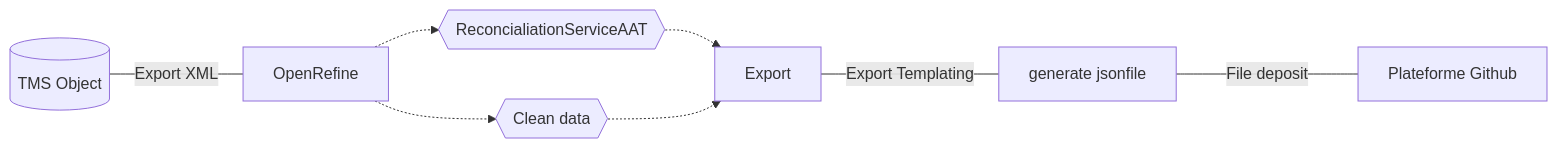
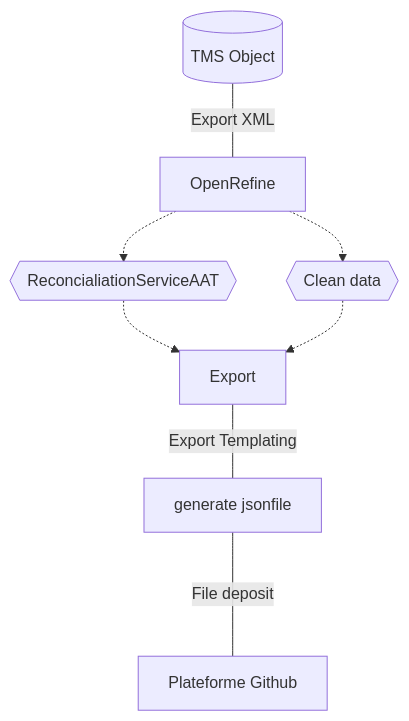
Before and after one commit to CRR-EPMO/VanGoghDataproject: the diagram in README.md, drawn with Mermaid.

````diff
--- a/README.md
+++ b/README.md
@@ -19,10 +19,10 @@
 ```mermaid
-  graph LR;
+  graph TB;
      A[(TMS Object)]-- Export XML --- B[OpenRefine]
      B -.-> C{{ReconcialiationServiceAAT}}
      B -.-> E{{Clean data}}
      C -.-> F[Export]
      E -.-> F
      F -- Export Templating --- D[generate jsonfile]
      D -- File deposit ---- G[Plateforme Github]
 ```
````
